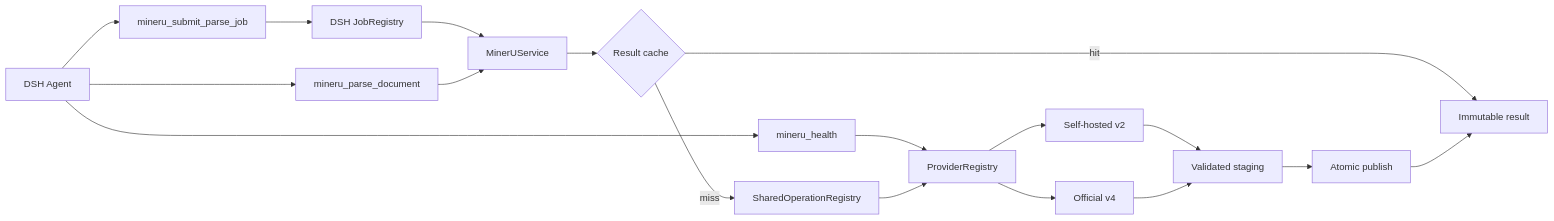
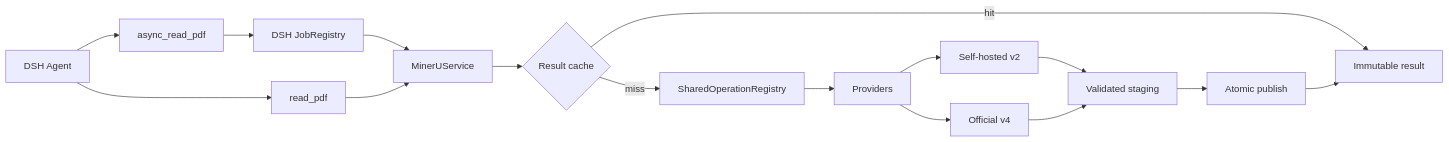
One commit to Yurzi/dsh-pdf-mineru changed the diagram in README.md. Above: the diagram before and after it, drawn with Mermaid. The commit also changed other lines of this file and 46 other files, not shown here.

````diff
--- a/README.md
+++ b/README.md
@@ -142,22 +135,20 @@
 ```mermaid
 flowchart LR
-    Agent[DSH Agent] --> Health[mineru_health]
-    Agent --> Sync[mineru_parse_document]
-    Agent --> Async[mineru_submit_parse_job]
+    Agent[DSH Agent] --> Sync[read_pdf]
+    Agent --> Async[async_read_pdf]
 
     Async --> Jobs[DSH JobRegistry]
     Jobs --> Service[MinerUService]
     Sync --> Service
-    Health --> Providers[ProviderRegistry]
 
     Service --> Cache{Result cache}
     Cache -->|hit| Result[Immutable result]
     Cache -->|miss| Shared[SharedOperationRegistry]
     Shared --> Providers
     Providers --> V2[Self-hosted v2]
     Providers --> V4[Official v4]
     V2 --> Staging[Validated staging]
     V4 --> Staging
     Staging --> Publish[Atomic publish]
     Publish --> Result
 ```
````
